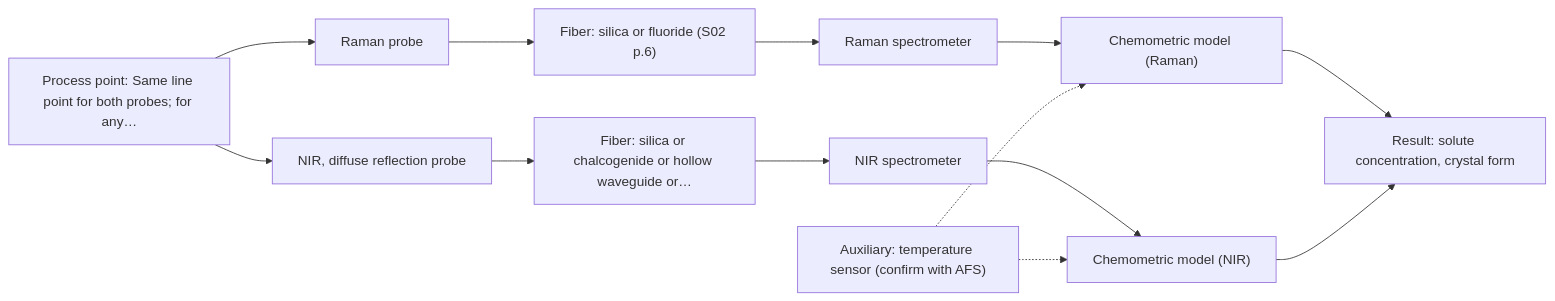
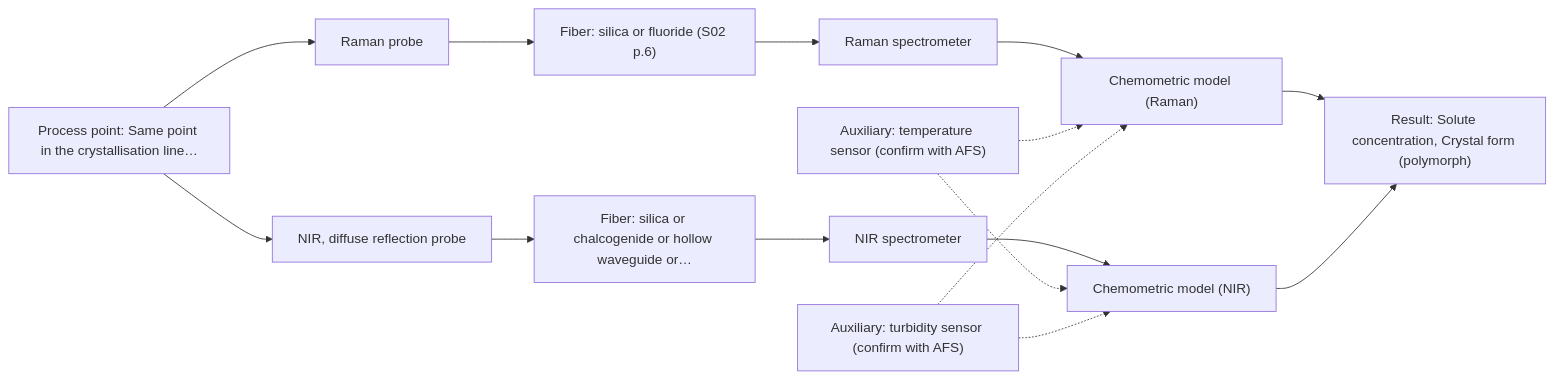
Before and after one commit to sleipnir029/Afs-Spectroscopy-Assistant: the first of 2 diagrams in outputs/adversarial/A11.md, drawn with Mermaid. The commit also changed other lines of this file and 41 other files, not shown here.

````diff
--- a/outputs/adversarial/A11.md
+++ b/outputs/adversarial/A11.md
@@ -38,26 +38,29 @@
 ```mermaid
 flowchart LR
-    proc["Process point: Same line point for both probes; for any…"]
+    proc["Process point: Same point in the crystallisation line…"]
     probe1["Raman probe"]
     fiber1["Fiber: silica or fluoride (S02 p.6)"]
     spec1["Raman spectrometer"]
     model1["Chemometric model (Raman)"]
     probe2["NIR, diffuse reflection probe"]
     fiber2["Fiber: silica or chalcogenide or hollow waveguide or…"]
     spec2["NIR spectrometer"]
     model2["Chemometric model (NIR)"]
-    result["Result: solute concentration, crystal form"]
+    result["Result: Solute concentration, Crystal form (polymorph)"]
     aux1["Auxiliary: temperature sensor (confirm with AFS)"]
+    aux2["Auxiliary: turbidity sensor (confirm with AFS)"]
     proc --> probe1
     probe1 --> fiber1
     fiber1 --> spec1
     spec1 --> model1
     proc --> probe2
     probe2 --> fiber2
     fiber2 --> spec2
     spec2 --> model2
     model1 --> result
     model2 --> result
     aux1 -.-> model1
     aux1 -.-> model2
+    aux2 -.-> model1
+    aux2 -.-> model2
 ```
````
